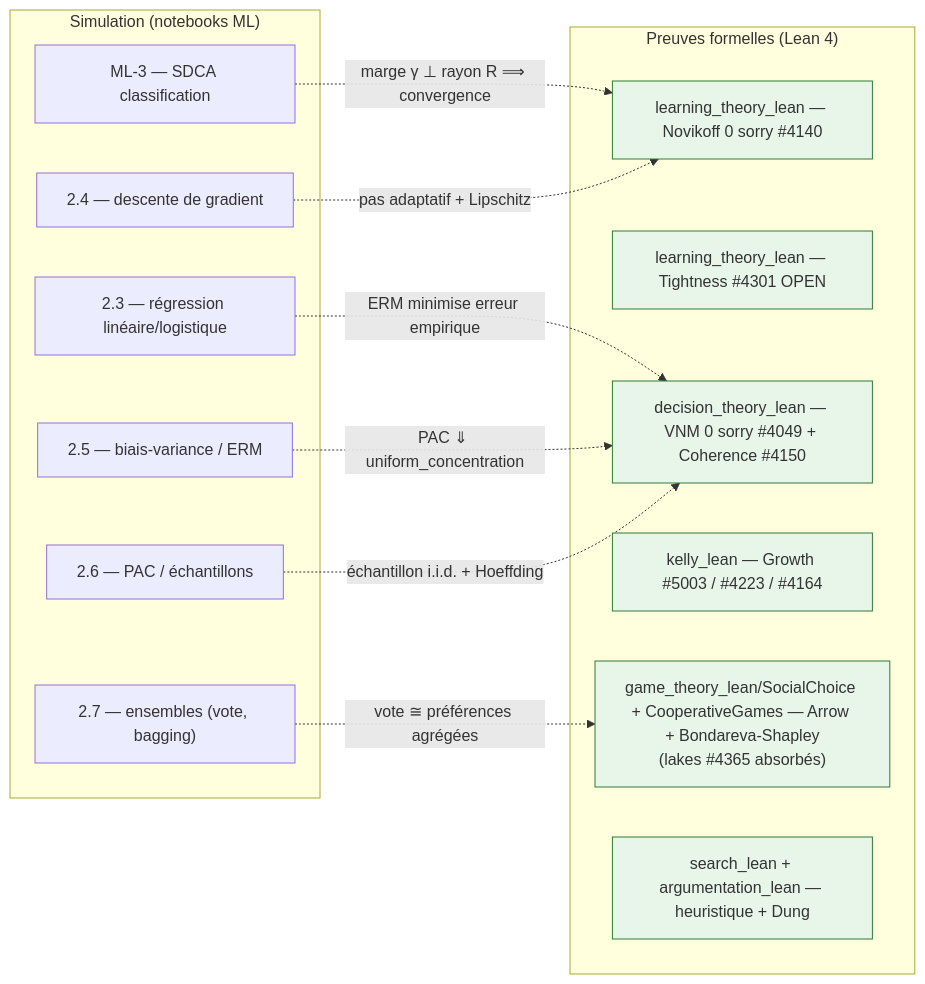
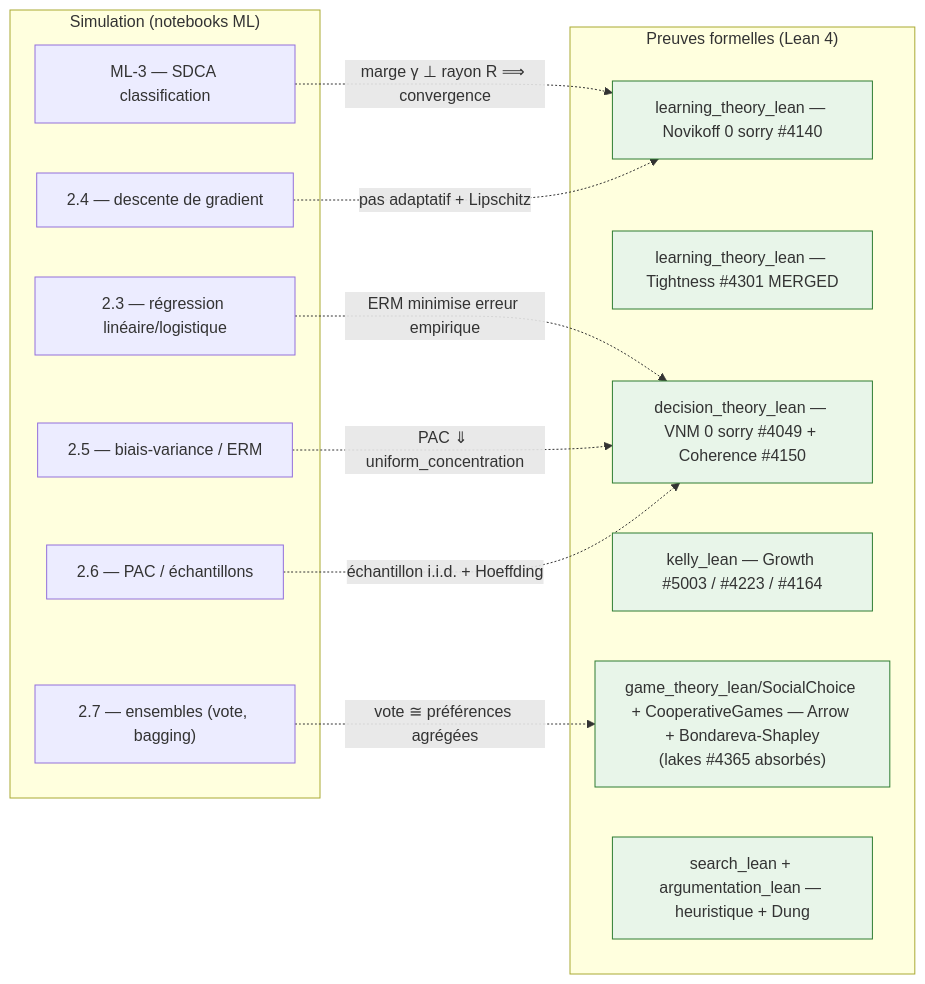
Before and after one commit to jsboige/CoursIA: the diagram in MyIA.AI.Notebooks/ML/README.md, drawn with Mermaid. The commit also changed other lines of this file and 3 other files, not shown here.

First line of the commit message:
feat(ml,#13199): add 2.8d Lean Novikoff companion notebook (learning_theory_lean Perceptron half)

````diff
--- a/MyIA.AI.Notebooks/ML/README.md
+++ b/MyIA.AI.Notebooks/ML/README.md
@@ -316,31 +317,31 @@
 ```mermaid
 flowchart LR
     subgraph SIM["Simulation (notebooks ML)"]
         NB1["ML-3 — SDCA classification"]
         NB2["2.3 — régression linéaire/logistique"]
         NB3["2.4 — descente de gradient"]
         NB4["2.5 — biais-variance / ERM"]
         NB5["2.7 — ensembles (vote, bagging)"]
         NB6["2.6 — PAC / échantillons"]
     end
     subgraph LEAN["Preuves formelles (Lean 4)"]
         L1["learning_theory_lean — Novikoff 0 sorry #4140"]
-        L2["learning_theory_lean — Tightness #4301 OPEN"]
+        L2["learning_theory_lean — Tightness #4301 MERGED"]
         L3["decision_theory_lean — VNM 0 sorry #4049 + Coherence #4150"]
         L4["kelly_lean — Growth #5003 / #4223 / #4164"]
         L5["game_theory_lean/SocialChoice + CooperativeGames — Arrow + Bondareva-Shapley<br/>(lakes #4365 absorbés)"]
         L6["search_lean + argumentation_lean — heuristique + Dung"]
     end
     NB1 -. "marge γ ⊥ rayon R ⟹ convergence" .-> L1
     NB2 -. "ERM minimise erreur empirique" .-> L3
     NB3 -. "pas adaptatif + Lipschitz" .-> L1
     NB4 -. "PAC ⇓ uniform_concentration" .-> L3
     NB5 -. "vote ≅ préférences agrégées" .-> L5
     NB6 -. "échantillon i.i.d. + Hoeffding" .-> L3
     style L1 fill:#e8f5e9,stroke:#2e7d32
     style L2 fill:#e8f5e9,stroke:#2e7d32
     style L3 fill:#e8f5e9,stroke:#2e7d32
     style L4 fill:#e8f5e9,stroke:#2e7d32
     style L5 fill:#e8f5e9,stroke:#2e7d32
     style L6 fill:#e8f5e9,stroke:#2e7d32
 ```
````
